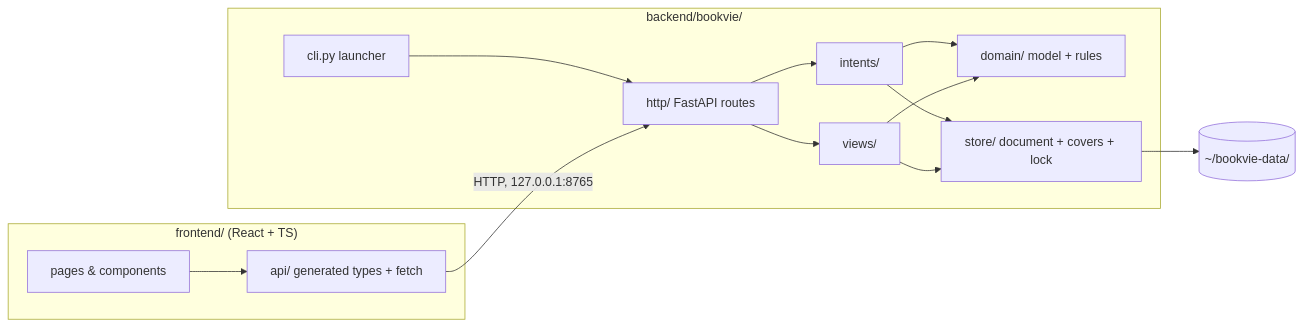
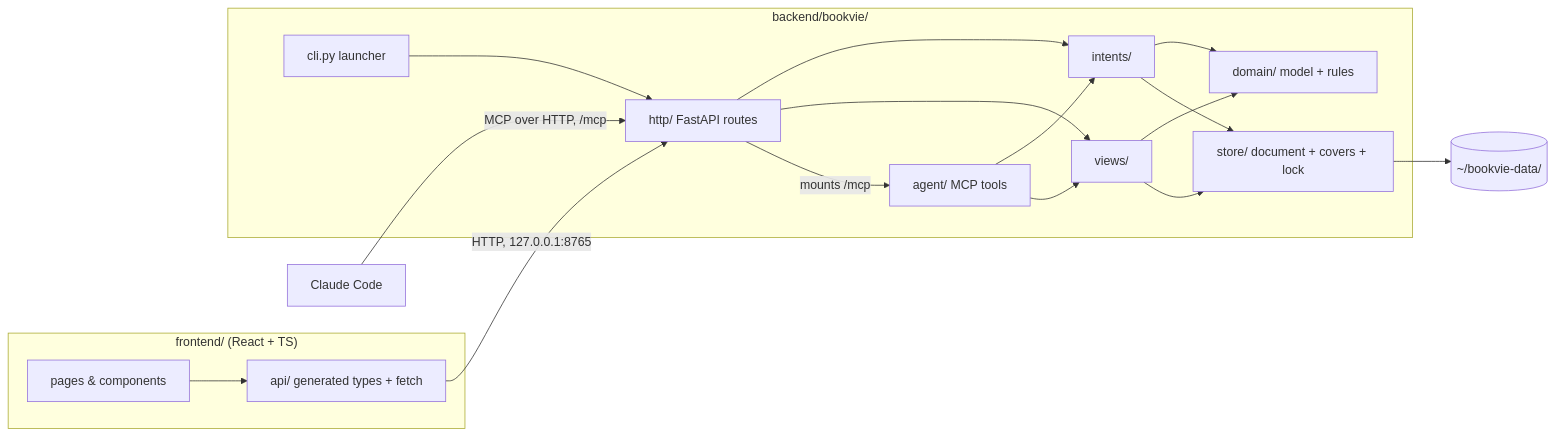
One commit to olegood/bookvie changed the first of 3 diagrams in _bmad-output/planning-artifacts/architecture/architecture-bookvie-2026-10-29/ARCHITECTURE-SPINE.md. Above: the diagram before and after it, drawn with Mermaid. The commit also changed other lines of this file and 5 other files, not shown here.

First line of the commit message:
docs: add AD-21 agent tools to the architecture spine

````diff
--- a/_bmad-output/planning-artifacts/architecture/architecture-bookvie-2026-10-29/ARCHITECTURE-SPINE.md
+++ b/_bmad-output/planning-artifacts/architecture/architecture-bookvie-2026-10-29/ARCHITECTURE-SPINE.md
@@ -29,17 +30,21 @@
 ```mermaid
 flowchart LR
   subgraph client["frontend/ (React + TS)"]
     UI[pages & components] --> API[api/ generated types + fetch]
   end
   subgraph server["backend/bookvie/"]
     HTTP[http/ FastAPI routes] --> INT[intents/]
     HTTP --> VIEWS[views/]
     INT --> DOM[domain/ model + rules]
     VIEWS --> DOM
     INT --> STORE[store/ document + covers + lock]
     VIEWS --> STORE
     CLI[cli.py launcher] --> HTTP
+    HTTP -- "mounts /mcp" --> AGT[agent/ MCP tools]
+    AGT --> INT
+    AGT --> VIEWS
   end
   API -- "HTTP, 127.0.0.1:8765" --> HTTP
+  CC[Claude Code] -- "MCP over HTTP, /mcp" --> HTTP
   STORE --> FS[("~/bookvie-data/")]
 ```
````
